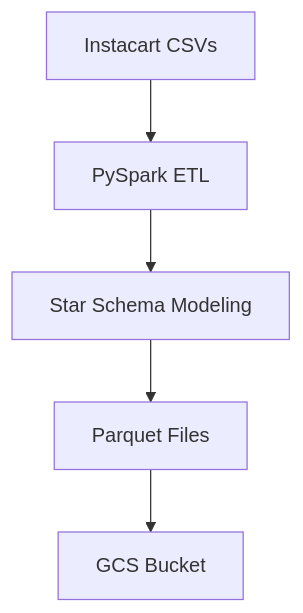
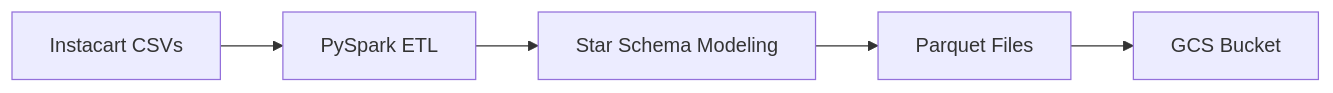
One commit to YonatanHanasav/Data-Engineering-Projects changed the first of 2 diagrams in spark-star-schema-project/README.md. Above: the diagram before and after it, drawn with Mermaid. The commit also changed other lines of this file, not shown here.

````diff
--- a/spark-star-schema-project/README.md
+++ b/spark-star-schema-project/README.md
@@ -50,7 +50,7 @@
 ```mermaid
-graph TD
+graph LR
     A[Instacart CSVs] --> B[PySpark ETL]
     B --> C[Star Schema Modeling]
     C --> D[Parquet Files]
     D --> E[GCS Bucket]
 ```
````
